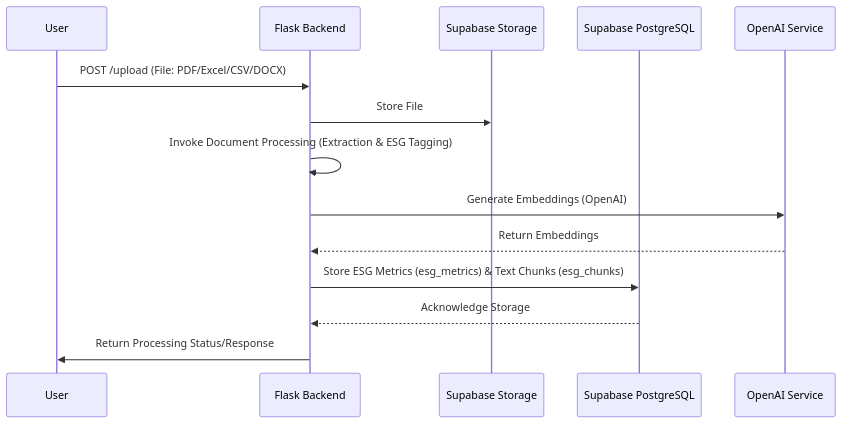
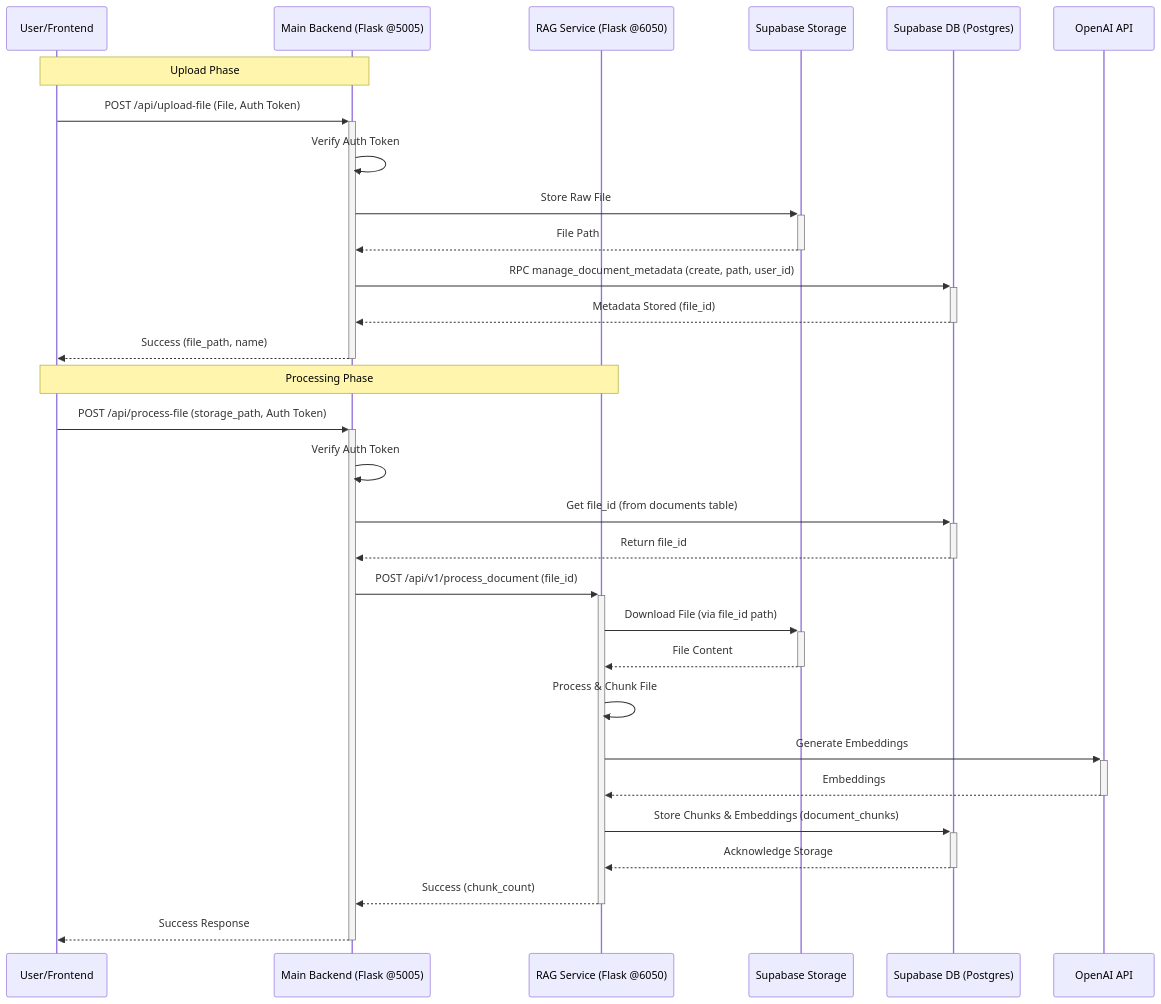
The second of 2 diagrams in documentation/backend_structure.md (VenkateshShivandi/ESG_Reporting), drawn with Mermaid before and after one commit. The commit also changed other lines of this file and 26 other files, not shown here.

First line of the commit message:
Enhance Excel Analytics Component and API Integration

````diff
--- a/documentation/backend_structure.md
+++ b/documentation/backend_structure.md
@@ -174,18 +211,36 @@
 ```mermaid
 sequenceDiagram
-  participant U as User
-  participant F as Flask Backend
-  participant S as Supabase Storage
-  participant DB as Supabase PostgreSQL
-  participant AI as OpenAI Service
+    participant U as User/Frontend
+    participant MB as Main Backend (Flask @5005)
+    participant RS as RAG Service (Flask @6050)
+    participant SS as Supabase Storage
+    participant SDB as Supabase DB (Postgres)
+    participant OAI as OpenAI API
 
-  U->>F: POST /upload (File: PDF/Excel/CSV/DOCX)
-  F->>S: Store File
-  F->>F: Invoke Document Processing (Extraction & ESG Tagging)
-  F->>AI: Generate Embeddings (OpenAI)
-  AI-->>F: Return Embeddings
-  F->>DB: Store ESG Metrics (esg_metrics) & Text Chunks (esg_chunks)
-  DB-->>F: Acknowledge Storage
-  F->>U: Return Processing Status/Response
+    %% Upload Phase
+    Note over U,MB: Upload Phase
+    U->>+MB: POST /api/upload-file (File, Auth Token)
+    MB->>MB: Verify Auth Token
+    MB->>+SS: Store Raw File
+    SS-->>-MB: File Path
+    MB->>+SDB: RPC manage_document_metadata (create, path, user_id)
+    SDB-->>-MB: Metadata Stored (file_id)
+    MB-->>-U: Success (file_path, name)
 
+    %% Processing Phase
+    Note over U,RS: Processing Phase
+    U->>+MB: POST /api/process-file (storage_path, Auth Token)
+    MB->>MB: Verify Auth Token
+    MB->>+SDB: Get file_id (from documents table)
+    SDB-->>-MB: Return file_id
+    MB->>+RS: POST /api/v1/process_document (file_id)
+    RS->>+SS: Download File (via file_id path)
+    SS-->>-RS: File Content
+    RS->>RS: Process & Chunk File
+    RS->>+OAI: Generate Embeddings
+    OAI-->>-RS: Embeddings
+    RS->>+SDB: Store Chunks & Embeddings (document_chunks)
+    SDB-->>-RS: Acknowledge Storage
+    RS-->>-MB: Success (chunk_count)
+    MB-->>-U: Success Response
 ```
````
